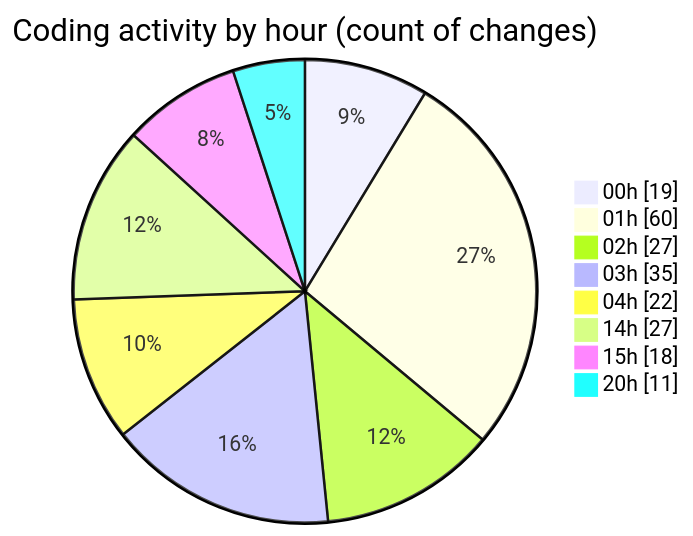
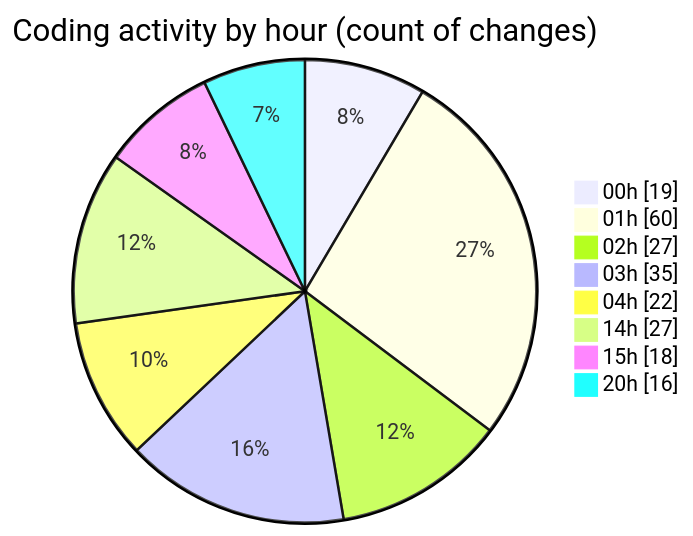
One commit to lephambinh05/code-tracking changed the second of 2 diagrams in 2025-07-25/quanlyrapchieuphim-1/README.md. Above: the diagram before and after it, drawn with Mermaid. The commit also changed other lines of this file and 1 other file, not shown here.

````diff
--- a/2025-07-25/quanlyrapchieuphim-1/README.md
+++ b/2025-07-25/quanlyrapchieuphim-1/README.md
@@ -36,12 +36,12 @@
 ```mermaid
 pie showData
 title Coding activity by hour (count of changes)
 "00h" : 19
 "01h" : 60
 "02h" : 27
 "03h" : 35
 "04h" : 22
 "14h" : 27
 "15h" : 18
-"20h" : 11
+"20h" : 16
 ```
````
